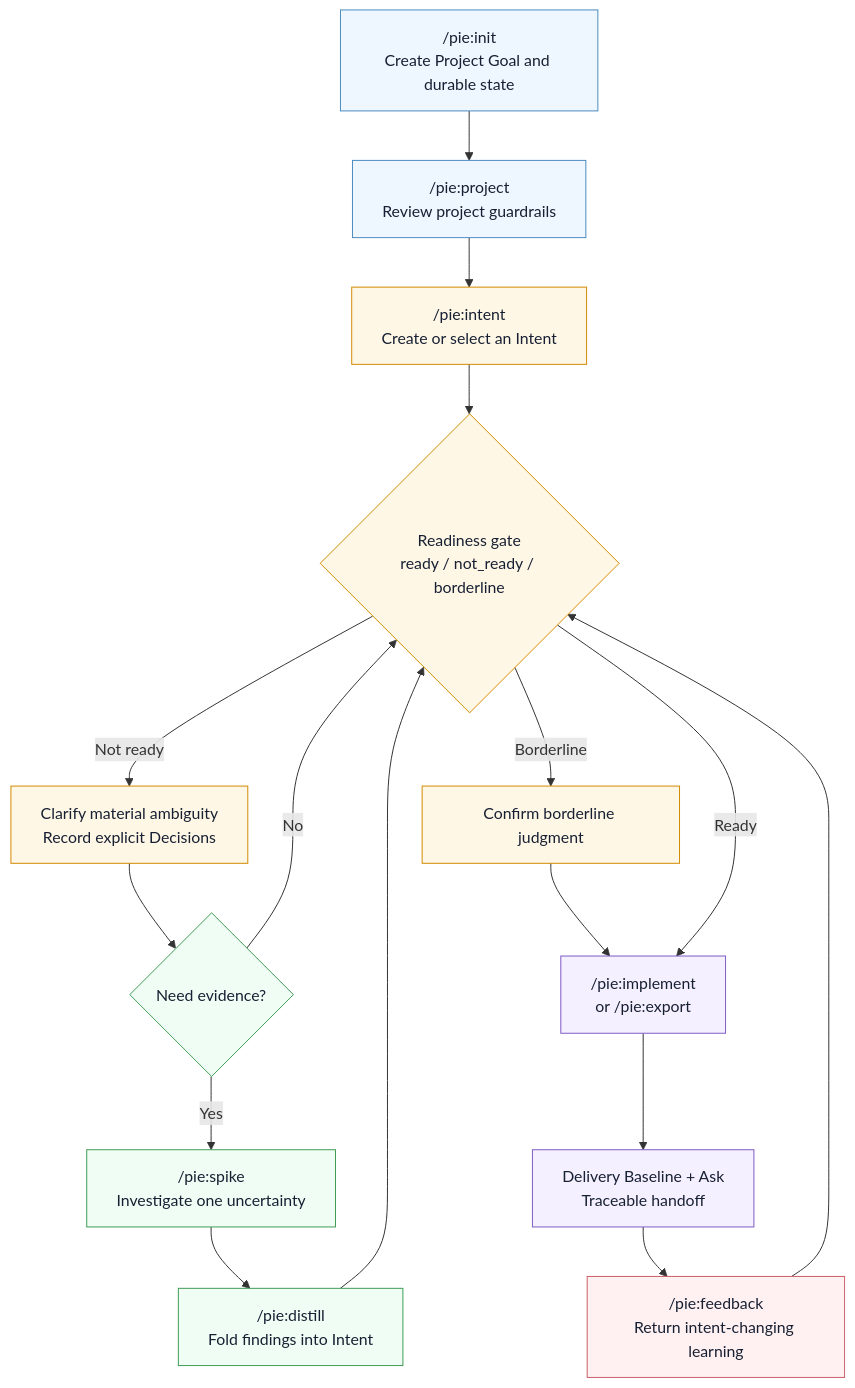
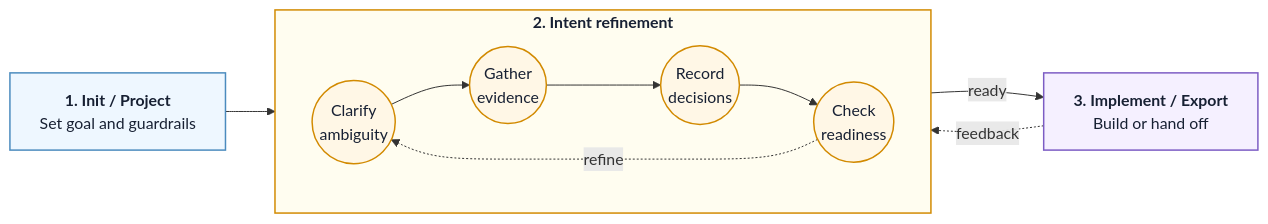
One commit to qiangxue/pie changed the diagram in README.md. Above: the diagram before and after it, drawn with Mermaid. The commit also changed other lines of this file, not shown here.

Commit message:
updated PIE diagram

````diff
--- a/README.md
+++ b/README.md
@@ -35,36 +35,29 @@
 ```mermaid
-flowchart TD
-  Init["/pie:init<br/>Create Project Goal and durable state"]
-  ProjectCmd["/pie:project<br/>Review project guardrails"]
-  IntentCmd["/pie:intent<br/>Create or select an Intent"]
-  Ready{"Readiness gate<br/>ready / not_ready / borderline"}
-  Clarify["Clarify material ambiguity<br/>Record explicit Decisions"]
-  NeedEvidence{"Need evidence?"}
-  SpikeCmd["/pie:spike<br/>Investigate one uncertainty"]
-  Distill["/pie:distill<br/>Fold findings into Intent"]
-  Confirm["Confirm borderline judgment"]
-  Deliver["/pie:implement<br/>or /pie:export"]
-  Baseline["Delivery Baseline + Ask<br/>Traceable handoff"]
-  FeedbackCmd["/pie:feedback<br/>Return intent-changing learning"]
+flowchart LR
+  Project["<b>1. Init / Project</b><br/>Set goal and guardrails"]
+  Delivery["<b>3. Implement / Export</b><br/>Build or hand off"]
 
-  Init --> ProjectCmd --> IntentCmd --> Ready
-  Ready -- "Not ready" --> Clarify --> NeedEvidence
-  NeedEvidence -- "Yes" --> SpikeCmd --> Distill --> Ready
-  NeedEvidence -- "No" --> Ready
-  Ready -- "Borderline" --> Confirm --> Deliver
-  Ready -- "Ready" --> Deliver
-  Deliver --> Baseline --> FeedbackCmd
-  FeedbackCmd --> Ready
+  subgraph Intent["<b>2. Intent refinement</b>"]
+    direction LR
+    Clarify(("Clarify<br/>ambiguity"))
+    Evidence(("Gather<br/>evidence"))
+    Decide(("Record<br/>decisions"))
+    Ready(("Check<br/>readiness"))
 
-  classDef project fill:#eef7ff,stroke:#4b8bbe,color:#172033
-  classDef discovery fill:#fff7e6,stroke:#d28a00,color:#172033
-  classDef evidence fill:#f0fdf4,stroke:#3f9b54,color:#172033
-  classDef delivery fill:#f5f0ff,stroke:#7c5cc4,color:#172033
-  classDef feedback fill:#fff1f2,stroke:#c95f6a,color:#172033
+    Clarify --> Evidence --> Decide --> Ready
+    Ready -. "refine" .-> Clarify
+  end
 
-  class Init,ProjectCmd project
-  class IntentCmd,Ready,Clarify,Confirm discovery
-  class NeedEvidence,SpikeCmd,Distill evidence
-  class Deliver,Baseline delivery
-  class FeedbackCmd feedback
+  Project --> Intent
+  Intent -- "ready" --> Delivery
+  Delivery -. "feedback" .-> Intent
+
+  classDef project fill:#eef7ff,stroke:#4b8bbe,stroke-width:1.5px,color:#172033
+  classDef intentNode fill:#fff7e6,stroke:#d28a00,stroke-width:1.5px,color:#172033
+  classDef delivery fill:#f5f0ff,stroke:#7c5cc4,stroke-width:1.5px,color:#172033
+  style Intent fill:#fffdf0,stroke:#d28a00,stroke-width:1.5px,color:#172033
+
+  class Project project
+  class Clarify,Evidence,Decide,Ready intentNode
+  class Delivery delivery
 ```
````
